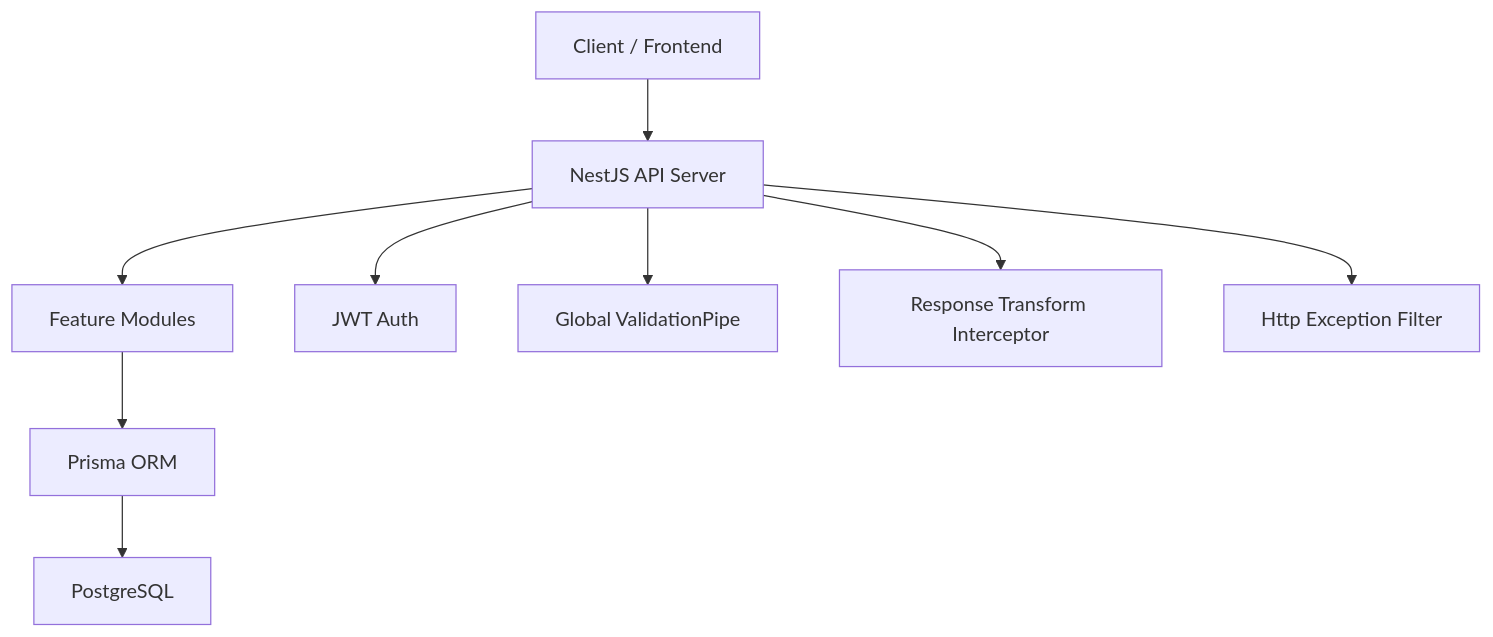
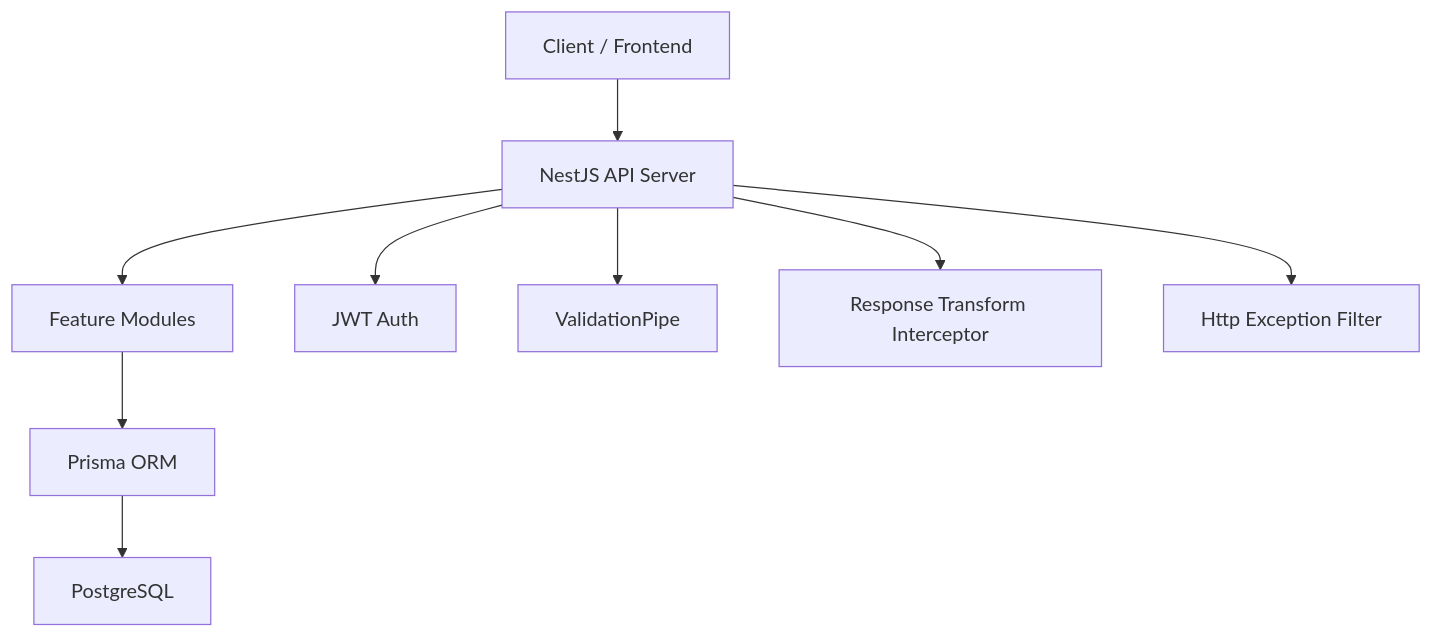
The first of 8 diagrams in README.md (Economy0326/shopping-backend), drawn with Mermaid before and after one commit. The commit also changed other lines of this file, not shown here.

````diff
--- a/README.md
+++ b/README.md
@@ -117,12 +128,12 @@
 ```mermaid
 flowchart TD
   A["Client / Frontend"] --> B["NestJS API Server"]
   B --> C["Feature Modules"]
   C --> D["Prisma ORM"]
   D --> E["PostgreSQL"]
 
   B --> F["JWT Auth"]
-  B --> G["Global ValidationPipe"]
+  B --> G["ValidationPipe"]
   B --> H["Response Transform Interceptor"]
   B --> I["Http Exception Filter"]
 ```
````
